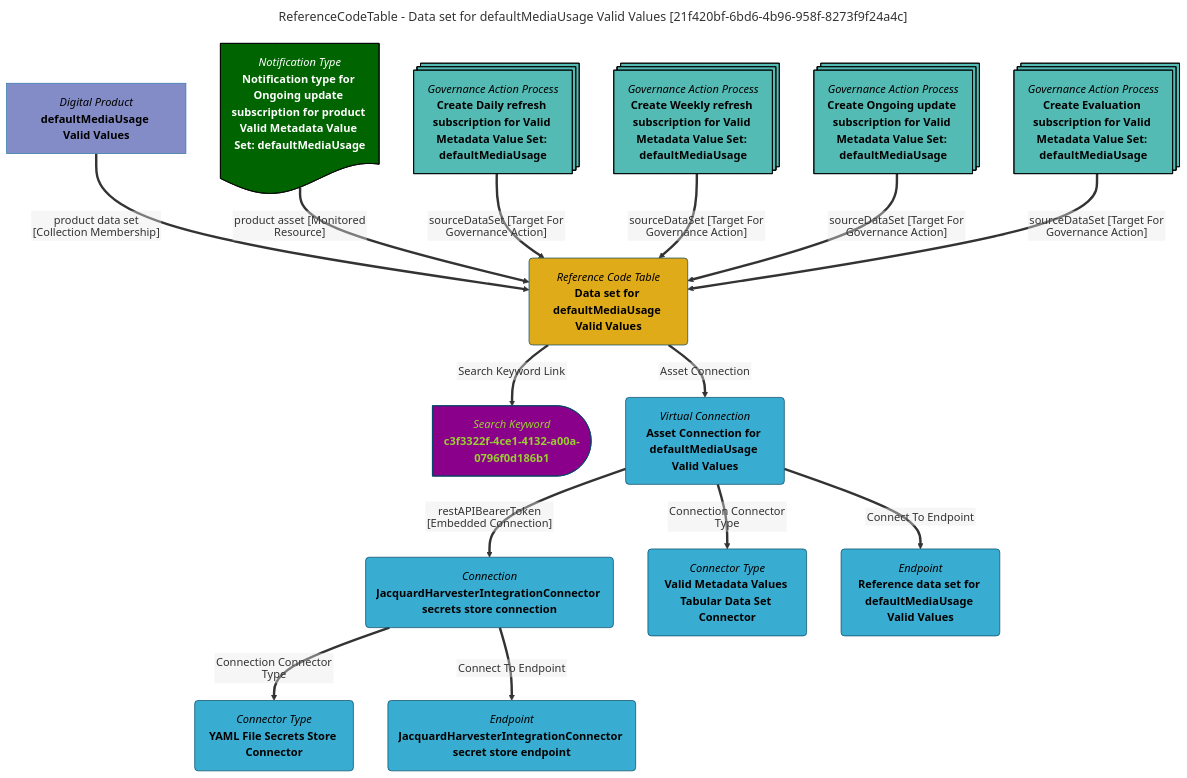
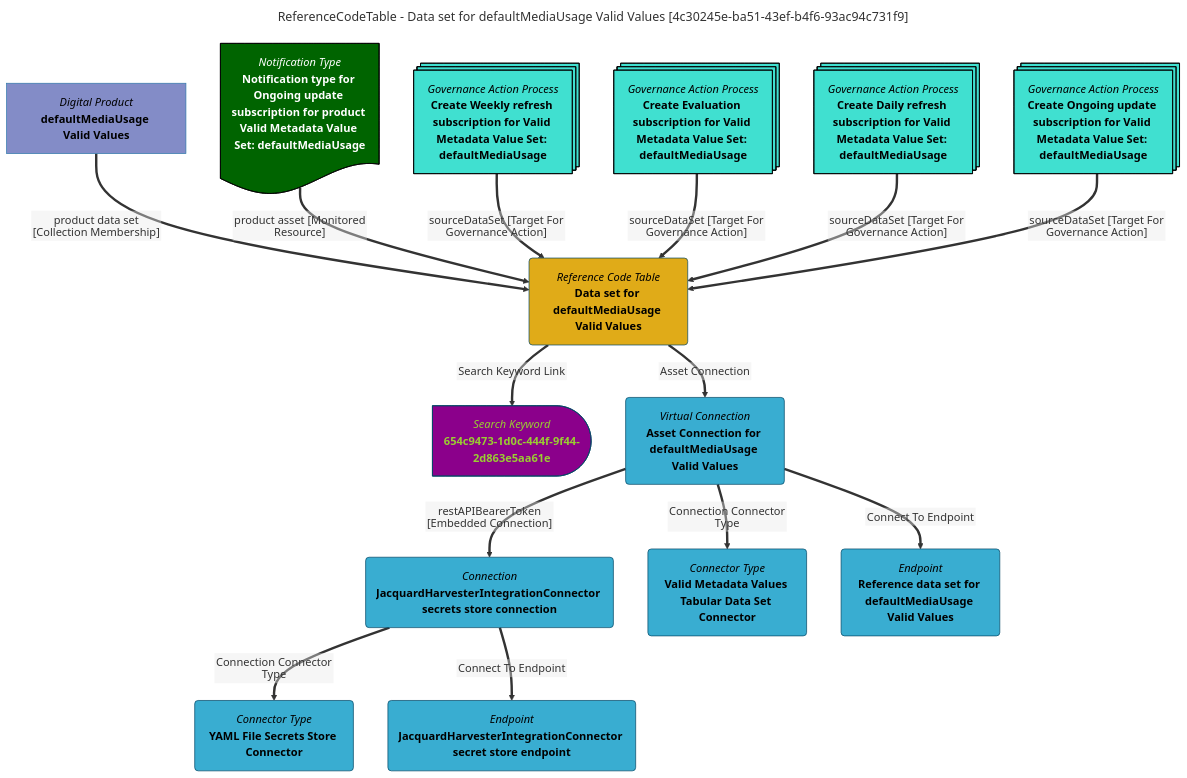
The diagram in site/snippets/data-assets/data-set-for-defaultmediausage-valid-values-mermaid-graph.md (odpi/egeria-docs), drawn with Mermaid before and after one commit. The commit also changed 2201 other files, not shown here.

````diff
--- a/site/snippets/data-assets/data-set-for-defaultmediausage-valid-values-mermaid-graph.md
+++ b/site/snippets/data-assets/data-set-for-defaultmediausage-valid-values-mermaid-graph.md
@@ -1,63 +1,63 @@
 ```mermaid
 ---
-title: ReferenceCodeTable - Data set for defaultMediaUsage Valid Values [21f420bf-6bd6-4b96-958f-8273f9f24a4c]
+title: ReferenceCodeTable - Data set for defaultMediaUsage Valid Values [4c30245e-ba51-43ef-b4f6-93ac94c731f9]
 ---
 flowchart TD
 %%{init: {"flowchart": {"htmlLabels": false}} }%%
 
 1@{ shape: rounded, label: "*Reference Code Table*
 **Data set for defaultMediaUsage Valid Values**"}
 2@{ shape: delay, label: "*Search Keyword*
-**c3f3322f-4ce1-4132-a00a-0796f0d186b1**"}
+**654c9473-1d0c-444f-9f44-2d863e5aa61e**"}
 1==>|"Search Keyword Link"|2
 3@{ shape: rect, label: "*Digital Product*
 **defaultMediaUsage Valid Values**"}
 3==>|"product data set [Collection Membership]"|1
 4@{ shape: rounded, label: "*Virtual Connection*
 **Asset Connection for defaultMediaUsage Valid Values**"}
 1==>|"Asset Connection"|4
 5@{ shape: rounded, label: "*Connection*
 **JacquardHarvesterIntegrationConnector secrets store connection**"}
 4==>|"restAPIBearerToken [Embedded Connection]"|5
 6@{ shape: rounded, label: "*Connector Type*
 **YAML File Secrets Store Connector**"}
 5==>|"Connection Connector Type"|6
 7@{ shape: rounded, label: "*Endpoint*
 **JacquardHarvesterIntegrationConnector secret store endpoint**"}
 5==>|"Connect To Endpoint"|7
 8@{ shape: rounded, label: "*Connector Type*
 **Valid Metadata Values Tabular Data Set Connector**"}
 4==>|"Connection Connector Type"|8
 9@{ shape: rounded, label: "*Endpoint*
 **Reference data set for defaultMediaUsage Valid Values**"}
 4==>|"Connect To Endpoint"|9
 10@{ shape: doc, label: "*Notification Type*
 **Notification type for Ongoing update subscription for product Valid Metadata Value Set: defaultMediaUsage**"}
 10==>|"product asset [Monitored Resource]"|1
 11@{ shape: processes, label: "*Governance Action Process*
-**Create Daily refresh subscription for Valid Metadata Value Set: defaultMediaUsage**"}
+**Create Weekly refresh subscription for Valid Metadata Value Set: defaultMediaUsage**"}
 11==>|"sourceDataSet [Target For Governance Action]"|1
 12@{ shape: processes, label: "*Governance Action Process*
-**Create Weekly refresh subscription for Valid Metadata Value Set: defaultMediaUsage**"}
+**Create Evaluation subscription for Valid Metadata Value Set: defaultMediaUsage**"}
 12==>|"sourceDataSet [Target For Governance Action]"|1
 13@{ shape: processes, label: "*Governance Action Process*
-**Create Ongoing update subscription for Valid Metadata Value Set: defaultMediaUsage**"}
+**Create Daily refresh subscription for Valid Metadata Value Set: defaultMediaUsage**"}
 13==>|"sourceDataSet [Target For Governance Action]"|1
 14@{ shape: processes, label: "*Governance Action Process*
-**Create Evaluation subscription for Valid Metadata Value Set: defaultMediaUsage**"}
+**Create Ongoing update subscription for Valid Metadata Value Set: defaultMediaUsage**"}
 14==>|"sourceDataSet [Target For Governance Action]"|1
-style 11 color:#000000, fill:#53bbb4, stroke:#000000
-style 12 color:#000000, fill:#53bbb4, stroke:#000000
-style 13 color:#000000, fill:#53bbb4, stroke:#000000
-style 14 color:#000000, fill:#53bbb4, stroke:#000000
+style 11 color:#000000, fill:#40E0D0, stroke:#000000
+style 12 color:#000000, fill:#40E0D0, stroke:#000000
+style 13 color:#000000, fill:#40E0D0, stroke:#000000
+style 14 color:#000000, fill:#40E0D0, stroke:#000000
 style 1 color:#000000, fill:#e0ab18, stroke:#004563
-style 2 color:#9acd32, fill:#8b008b, stroke:#004563
+style 2 color:#9ACD32, fill:#8B008B, stroke:#004563
 style 3 color:#000000, fill:#838cc7, stroke:#3079ab
 style 4 color:#000000, fill:#39add1, stroke:#004563
 style 5 color:#000000, fill:#39add1, stroke:#004563
 style 6 color:#000000, fill:#39add1, stroke:#004563
 style 7 color:#000000, fill:#39add1, stroke:#004563
 style 8 color:#000000, fill:#39add1, stroke:#004563
 style 9 color:#000000, fill:#39add1, stroke:#004563
 style 10 color:#FFFFFF, fill:#006400, stroke:#000000
 ```
````
